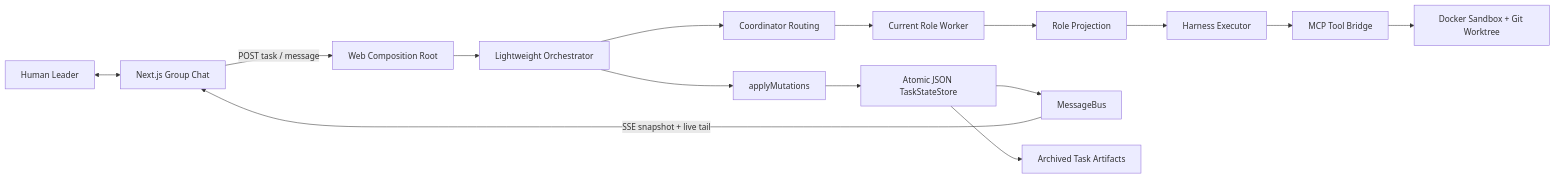
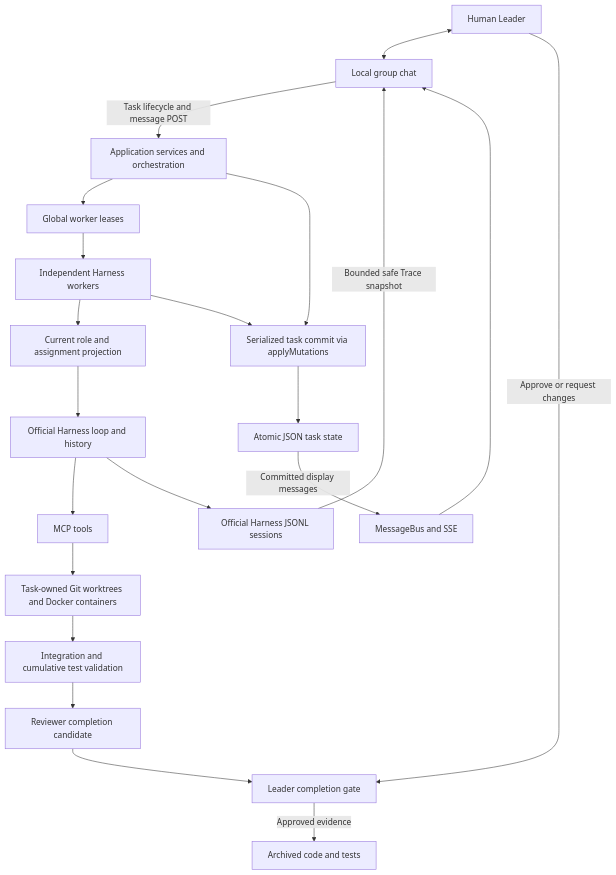
Before and after one commit to logan-suu/Agora: the diagram in README.md, drawn with Mermaid. The commit also changed other lines of this file and 94 other files, not shown here.

````diff
--- a/README.md
+++ b/README.md
@@ -96,18 +92,23 @@
 ```mermaid
-flowchart LR
-    Leader[Human Leader] <--> Web[Next.js Group Chat]
-    Web -->|POST task / message| API[Web Composition Root]
-    API --> Orchestrator[Lightweight Orchestrator]
-    Orchestrator --> Coordinator[Coordinator Routing]
-    Coordinator --> Worker[Current Role Worker]
-    Worker --> Projection[Role Projection]
-    Projection --> Harness[Harness Executor]
-    Harness --> MCP[MCP Tool Bridge]
-    MCP --> Sandbox[Docker Sandbox + Git Worktree]
-
-    Orchestrator --> Reducer[applyMutations]
-    Reducer --> Store[Atomic JSON TaskStateStore]
-    Store --> Bus[MessageBus]
-    Bus -->|SSE snapshot + live tail| Web
-    Store --> Artifacts[Archived Task Artifacts]
+flowchart TB
+    Leader[Human Leader] <--> Web[Local group chat]
+    Web -->|Task lifecycle and message POST| App[Application services and orchestration]
+    App --> Scheduler[Global worker leases]
+    Scheduler --> Workers[Independent Harness workers]
+    Workers --> Projection[Current role and assignment projection]
+    Projection --> Loop[Official Harness loop and history]
+    Loop --> MCP[MCP tools]
+    MCP --> Worktrees[Task-owned Git worktrees and Docker containers]
+    Worktrees --> Validation[Integration and cumulative test validation]
+    Validation --> Review[Reviewer completion candidate]
+    Review --> Gate[Leader completion gate]
+    Leader -->|Approve or request changes| Gate
+    Gate -->|Approved evidence| Artifacts[Archived code and tests]
+    App --> Commit[Serialized task commit via applyMutations]
+    Workers --> Commit
+    Commit --> State[Atomic JSON task state]
+    State -->|Committed display messages| Bus[MessageBus and SSE]
+    Bus --> Web
+    Loop --> Sessions[Official Harness JSONL sessions]
+    Sessions -->|Bounded safe Trace snapshot| Web
 ```
````
